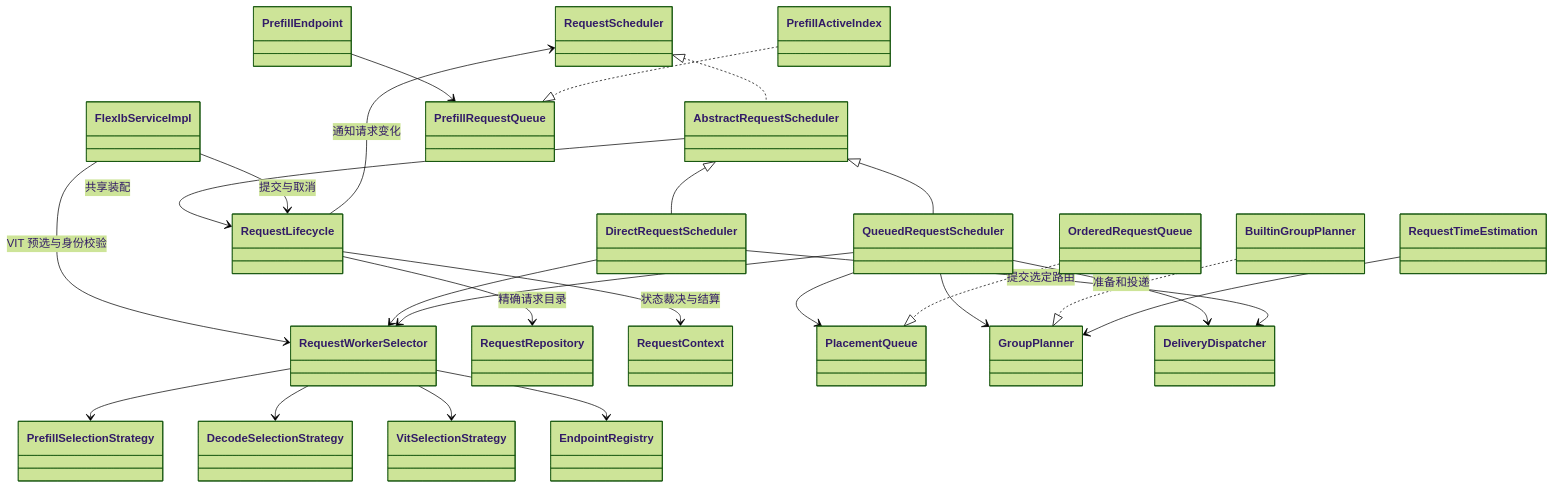
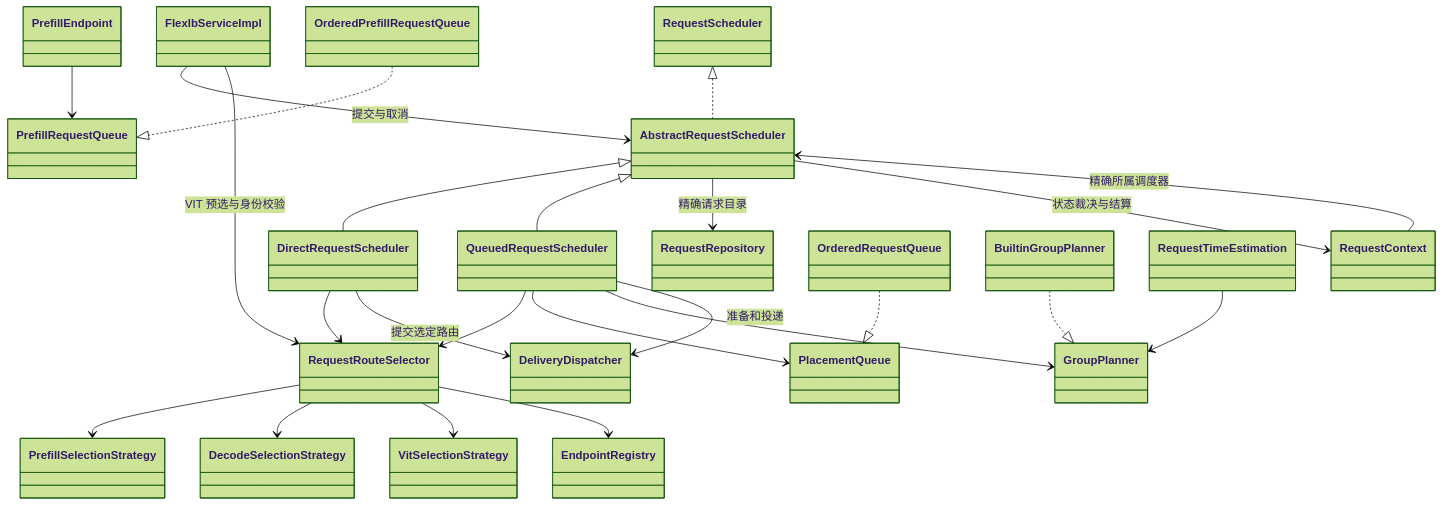
One commit to alibaba/rtp-llm changed the second of 3 diagrams in rtp_llm/flexlb/docs/current-class-diagram.md. Above: the diagram before and after it, drawn with Mermaid (forest theme). The commit also changed other lines of this file and 226 other files, not shown here.

````diff
--- a/rtp_llm/flexlb/docs/current-class-diagram.md
+++ b/rtp_llm/flexlb/docs/current-class-diagram.md
@@ -7,27 +29,26 @@
 ```mermaid
 classDiagram
     RequestScheduler <|.. AbstractRequestScheduler
     AbstractRequestScheduler <|-- DirectRequestScheduler
     AbstractRequestScheduler <|-- QueuedRequestScheduler
-    AbstractRequestScheduler --> RequestLifecycle : 共享装配
-    FlexlbServiceImpl --> RequestLifecycle : 提交与取消
-    FlexlbServiceImpl --> RequestWorkerSelector : VIT 预选与身份校验
-    RequestLifecycle --> RequestRepository : 精确请求目录
-    RequestLifecycle --> RequestContext : 状态裁决与结算
-    RequestLifecycle --> RequestScheduler : 通知请求变化
-    DirectRequestScheduler --> RequestWorkerSelector
-    QueuedRequestScheduler --> RequestWorkerSelector
+    FlexlbServiceImpl --> AbstractRequestScheduler : 提交与取消
+    FlexlbServiceImpl --> RequestRouteSelector : VIT 预选与身份校验
+    AbstractRequestScheduler --> RequestRepository : 精确请求目录
+    AbstractRequestScheduler --> RequestContext : 状态裁决与结算
+    RequestContext --> AbstractRequestScheduler : 精确所属调度器
+    DirectRequestScheduler --> RequestRouteSelector
+    QueuedRequestScheduler --> RequestRouteSelector
     QueuedRequestScheduler --> PlacementQueue
     OrderedRequestQueue ..|> PlacementQueue
-    RequestWorkerSelector --> PrefillSelectionStrategy
-    RequestWorkerSelector --> DecodeSelectionStrategy
-    RequestWorkerSelector --> VitSelectionStrategy
-    RequestWorkerSelector --> EndpointRegistry
+    RequestRouteSelector --> PrefillSelectionStrategy
+    RequestRouteSelector --> DecodeSelectionStrategy
+    RequestRouteSelector --> VitSelectionStrategy
+    RequestRouteSelector --> EndpointRegistry
     PrefillEndpoint --> PrefillRequestQueue
-    PrefillActiveIndex ..|> PrefillRequestQueue
+    OrderedPrefillRequestQueue ..|> PrefillRequestQueue
     QueuedRequestScheduler --> GroupPlanner
     QueuedRequestScheduler --> DeliveryDispatcher : 准备和投递
     DirectRequestScheduler --> DeliveryDispatcher : 提交选定路由
     BuiltinGroupPlanner ..|> GroupPlanner
     RequestTimeEstimation --> GroupPlanner
 ```
````
